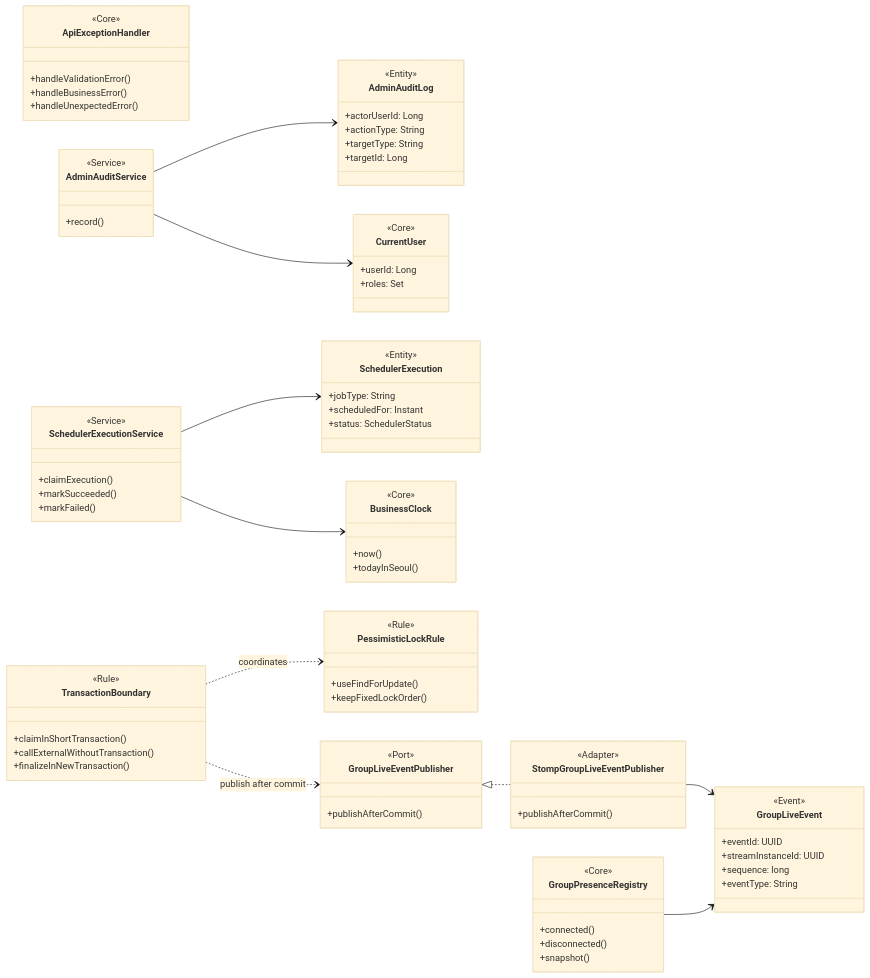
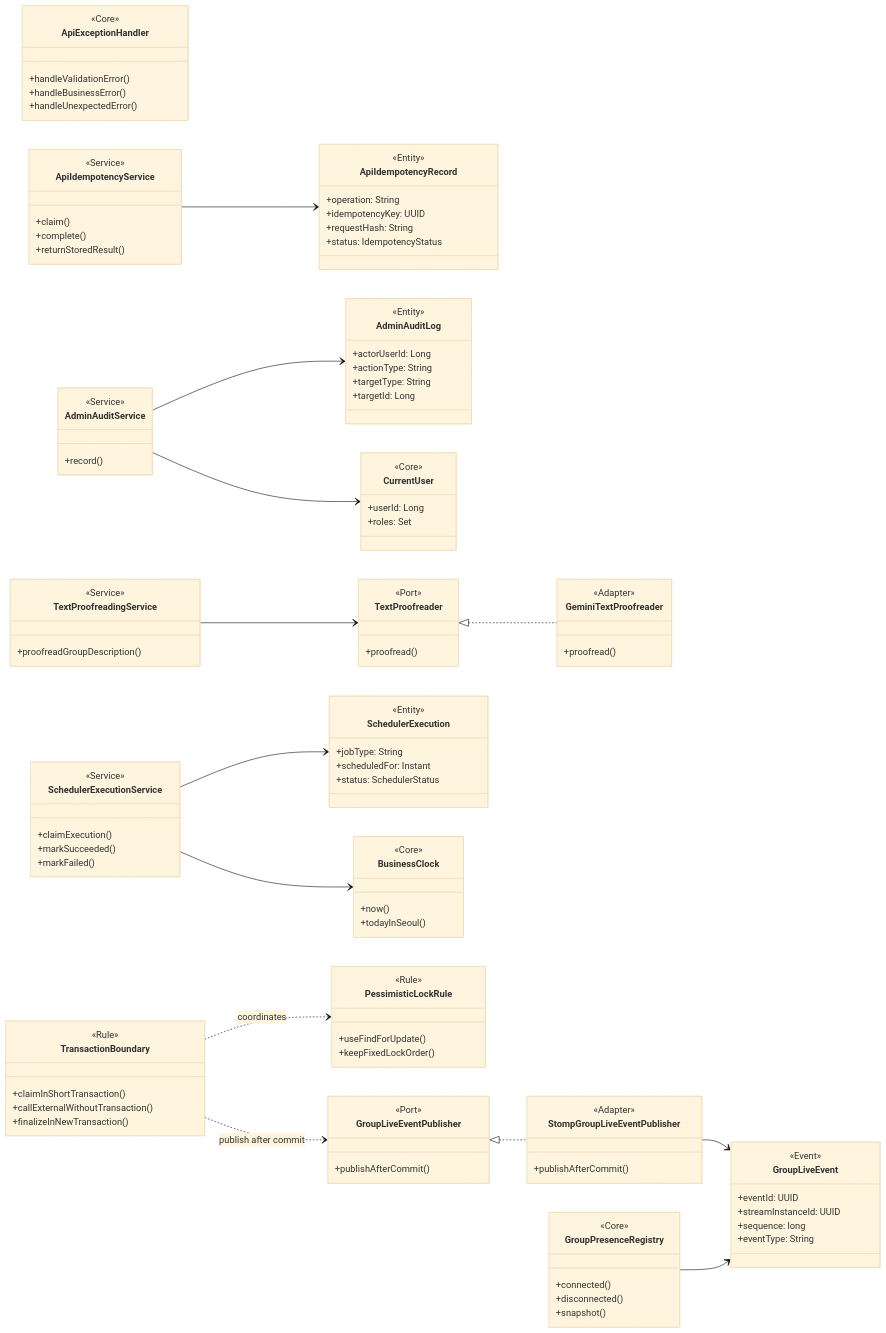
The fourth of 4 diagrams in docs/class-diagram.md (heebaek200/shared-creature-game), drawn with Mermaid (base theme) before and after one commit. The commit also changed other lines of this file and 16 other files, not shown here.

```diff
--- a/docs/class-diagram.md
+++ b/docs/class-diagram.md
@@ -530,6 +537,31 @@
     class AdminAuditService {
         <<Service>>
         +record()
+    }
+    class ApiIdempotencyService {
+        <<Service>>
+        +claim()
+        +complete()
+        +returnStoredResult()
+    }
+    class ApiIdempotencyRecord {
+        <<Entity>>
+        +operation: String
+        +idempotencyKey: UUID
+        +requestHash: String
+        +status: IdempotencyStatus
+    }
+    class TextProofreadingService {
+        <<Service>>
+        +proofreadGroupDescription()
+    }
+    class TextProofreader {
+        <<Port>>
+        +proofread()
+    }
+    class GeminiTextProofreader {
+        <<Adapter>>
+        +proofread()
     }
     class SchedulerExecutionService {
         <<Service>>
@@ -588,6 +620,9 @@
     GroupPresenceRegistry --> GroupLiveEvent
     SchedulerExecutionService --> SchedulerExecution
     AdminAuditService --> AdminAuditLog
+    ApiIdempotencyService --> ApiIdempotencyRecord
+    TextProofreadingService --> TextProofreader
+    TextProofreader <|.. GeminiTextProofreader
     SchedulerExecutionService --> BusinessClock
     AdminAuditService --> CurrentUser
     TransactionBoundary ..> PessimisticLockRule : coordinates
```
